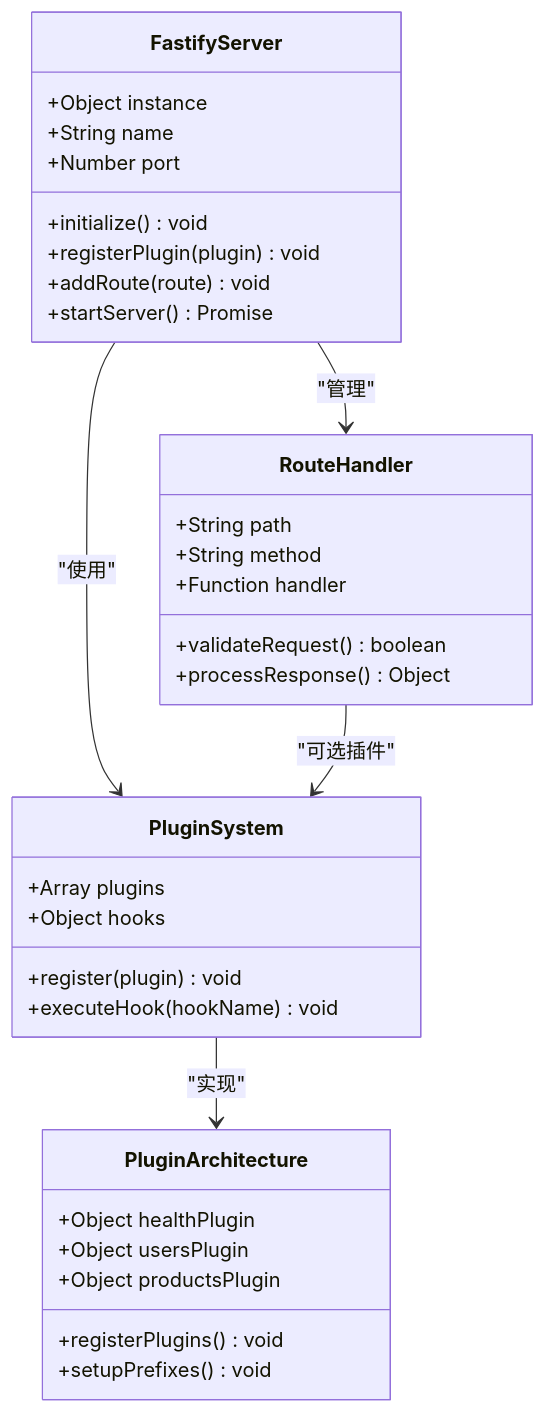
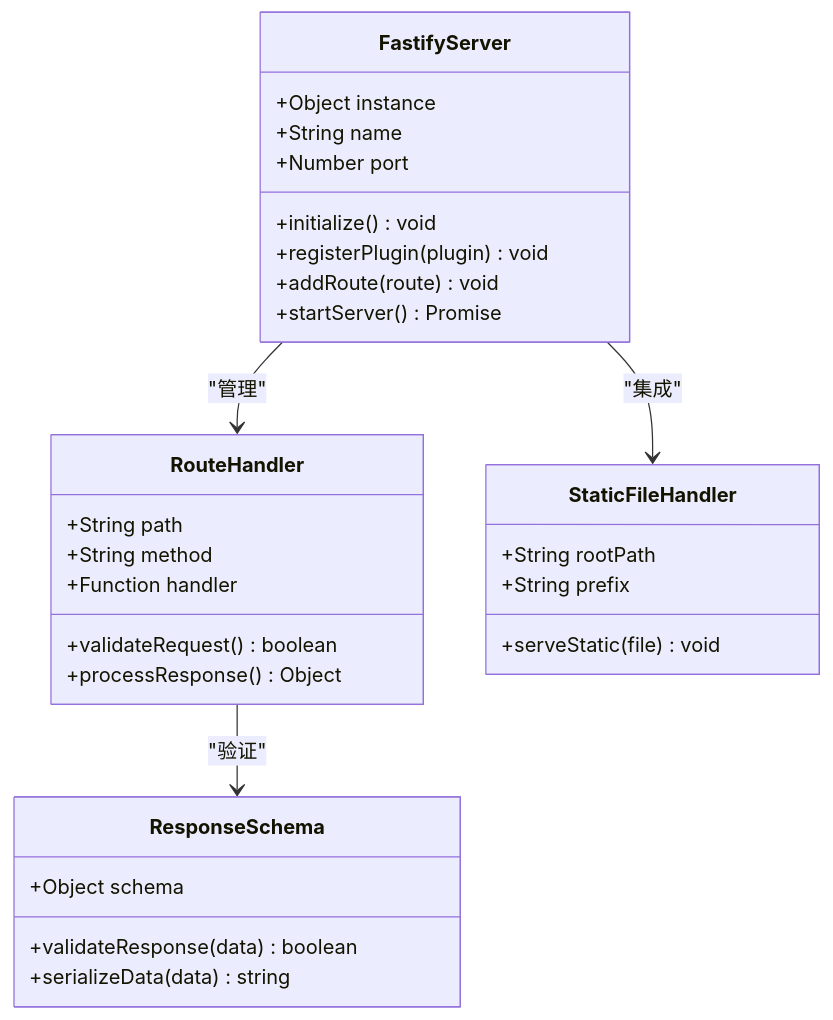
Before and after one commit to esa-sp/test-for-aone-ci: the second of 14 diagrams in .qoder/repowiki/zh/content/后端框架测试/Fastify高性能框架测试.md, drawn with Mermaid. The commit also changed other lines of this file and 31 other files, not shown here.

````diff
--- a/.qoder/repowiki/zh/content/后端框架测试/Fastify高性能框架测试.md
+++ b/.qoder/repowiki/zh/content/后端框架测试/Fastify高性能框架测试.md
@@ -112,36 +96,32 @@
 ```mermaid
 classDiagram
 class FastifyServer {
 +Object instance
 +String name
 +Number port
 +initialize() void
 +registerPlugin(plugin) void
 +addRoute(route) void
 +startServer() Promise
 }
 class RouteHandler {
 +String path
 +String method
 +Function handler
 +validateRequest() boolean
 +processResponse() Object
 }
-class PluginSystem {
-+Array plugins
-+Object hooks
-+register(plugin) void
-+executeHook(hookName) void
+class StaticFileHandler {
++String rootPath
++String prefix
++serveStatic(file) void
 }
-class PluginArchitecture {
-+Object healthPlugin
-+Object usersPlugin
-+Object productsPlugin
-+registerPlugins() void
-+setupPrefixes() void
+class ResponseSchema {
++Object schema
++validateResponse(data) boolean
++serializeData(data) string
 }
 FastifyServer --> RouteHandler : "管理"
-FastifyServer --> PluginSystem : "使用"
-RouteHandler --> PluginSystem : "可选插件"
-PluginSystem --> PluginArchitecture : "实现"
+FastifyServer --> StaticFileHandler : "集成"
+RouteHandler --> ResponseSchema : "验证"
 ```
````
